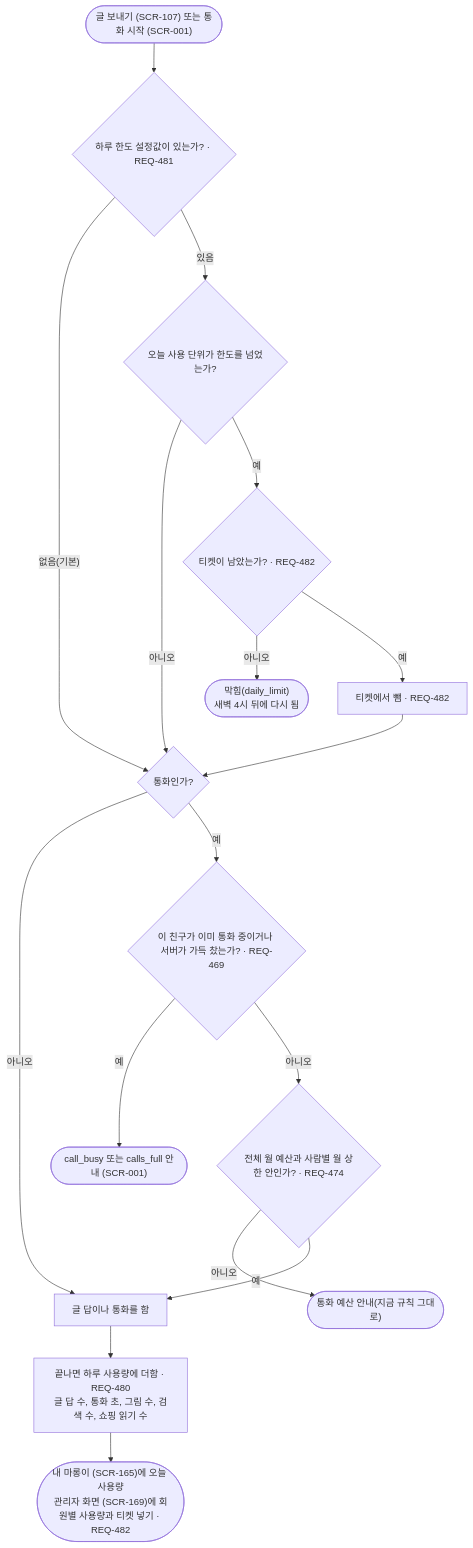
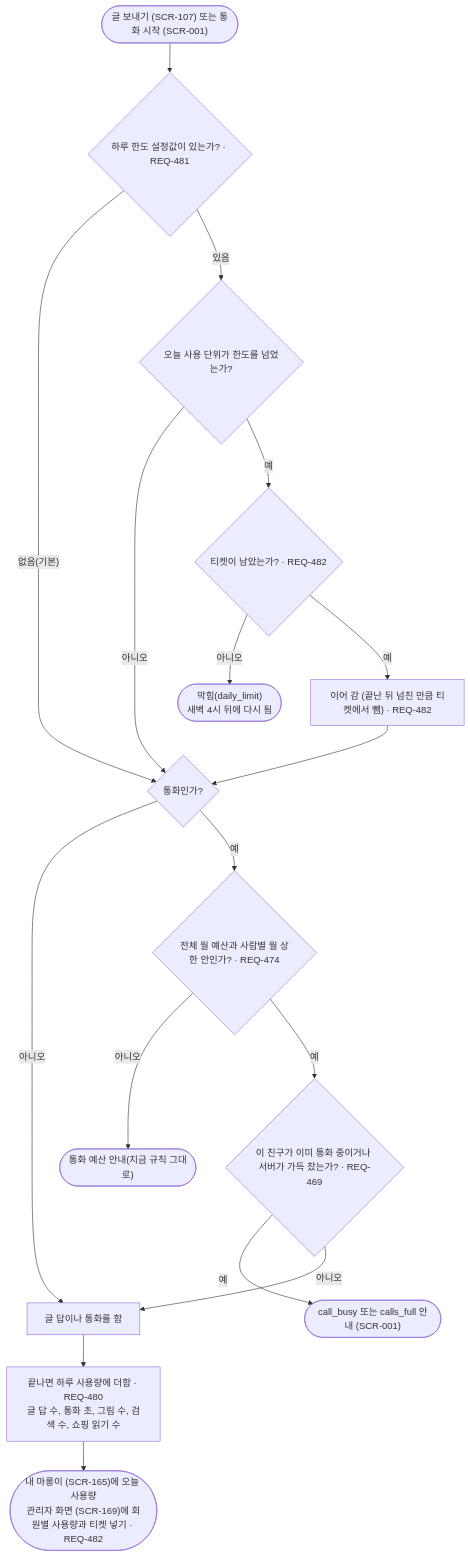
The diagram in docs/03-user-flow/FL-177-usage.md (kodonghui/marong2), drawn with Mermaid before and after one commit. The commit also changed 12 other files, not shown here.

````diff
--- a/docs/03-user-flow/FL-177-usage.md
+++ b/docs/03-user-flow/FL-177-usage.md
@@ -7,19 +7,19 @@
 ```mermaid
 flowchart TD
   A(["글 보내기 (SCR-107) 또는 통화 시작 (SCR-001)"]) --> B{"하루 한도 설정값이 있는가? · REQ-481"}
   B -->|"없음(기본)"| E
   B -->|"있음"| C{"오늘 사용 단위가 한도를 넘었는가?"}
   C -->|"아니오"| E
   C -->|"예"| D{"티켓이 남았는가? · REQ-482"}
   D -->|"아니오"| D1(["막힘(daily_limit)<br/>새벽 4시 뒤에 다시 됨"])
-  D -->|"예"| D2["티켓에서 뺌 · REQ-482"]
+  D -->|"예"| D2["이어 감 (끝난 뒤 넘친 만큼 티켓에서 뺌) · REQ-482"]
   D2 --> E{"통화인가?"}
   E -->|"아니오"| H
-  E -->|"예"| F{"이 친구가 이미 통화 중이거나 서버가 가득 찼는가? · REQ-469"}
+  E -->|"예"| G{"전체 월 예산과 사람별 월 상한 안인가? · REQ-474"}
+  G -->|"아니오"| G1(["통화 예산 안내(지금 규칙 그대로)"])
+  G -->|"예"| F{"이 친구가 이미 통화 중이거나 서버가 가득 찼는가? · REQ-469"}
   F -->|"예"| F1(["call_busy 또는 calls_full 안내 (SCR-001)"])
-  F -->|"아니오"| G{"전체 월 예산과 사람별 월 상한 안인가? · REQ-474"}
-  G -->|"아니오"| G1(["통화 예산 안내(지금 규칙 그대로)"])
-  G -->|"예"| H["글 답이나 통화를 함"]
+  F -->|"아니오"| H["글 답이나 통화를 함"]
   H --> I["끝나면 하루 사용량에 더함 · REQ-480<br/>글 답 수, 통화 초, 그림 수, 검색 수, 쇼핑 읽기 수"]
   I --> J(["내 마롱이 (SCR-165)에 오늘 사용량<br/>관리자 화면 (SCR-169)에 회원별 사용량과 티켓 넣기 · REQ-482"])
 ```
````
